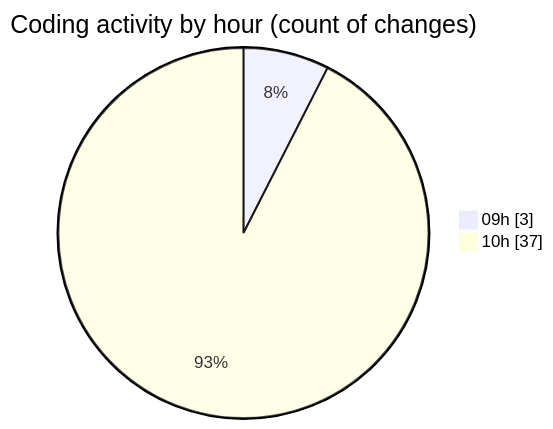
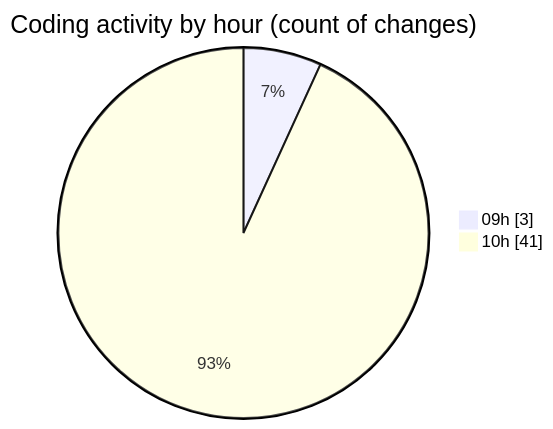
Before and after one commit to CELIANVF/code-tracking: the second of 2 diagrams in 2025-05-19/ecodeli-1/README.md, drawn with Mermaid. The commit also changed other lines of this file and 1 other file, not shown here.

````diff
--- a/2025-05-19/ecodeli-1/README.md
+++ b/2025-05-19/ecodeli-1/README.md
@@ -43,6 +43,6 @@
 ```mermaid
 pie showData
 title Coding activity by hour (count of changes)
 "09h" : 3
-"10h" : 37
+"10h" : 41
 ```
````
